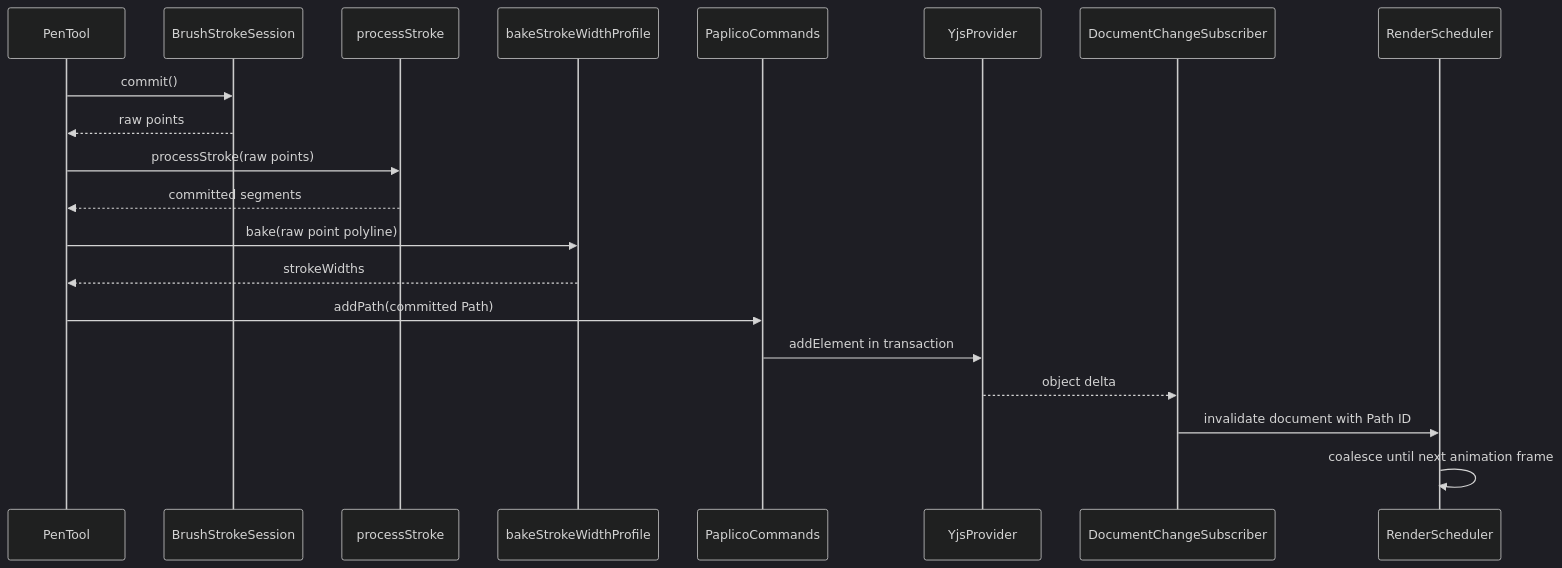
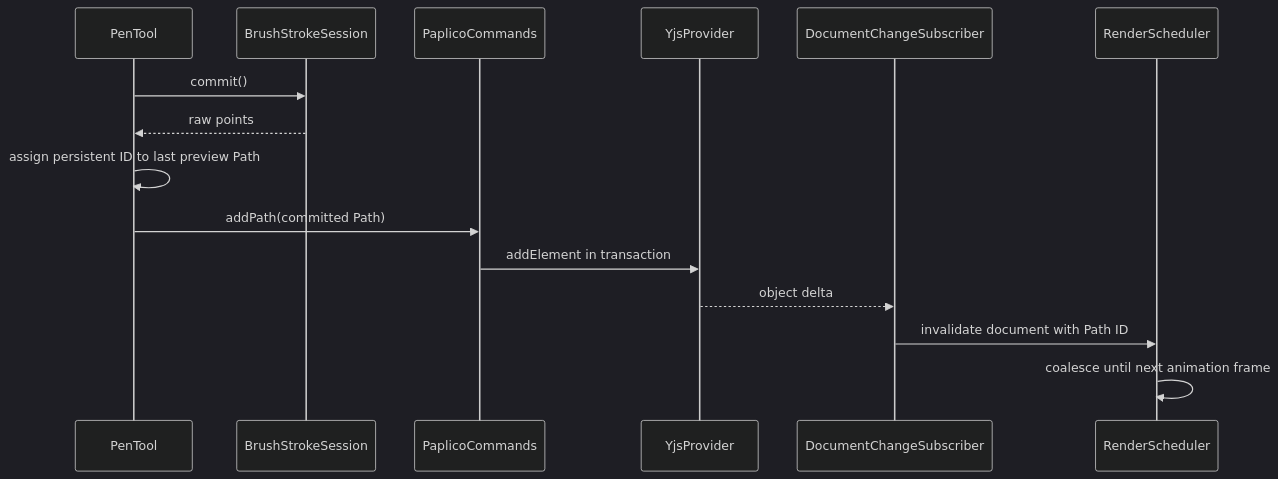
One commit to hanakla/paplico changed the second of 2 diagrams in pkgs/web/src/app/devdocs/brush-system/dynamics-and-commit/page.mdx. Above: the diagram before and after it, drawn with Mermaid (dark theme). The commit also changed other lines of this file and 51 other files, not shown here.

````diff
--- a/pkgs/web/src/app/devdocs/brush-system/dynamics-and-commit/page.mdx
+++ b/pkgs/web/src/app/devdocs/brush-system/dynamics-and-commit/page.mdx
@@ -233,23 +239,18 @@
 ```mermaid
 sequenceDiagram
     participant Tool as PenTool
     participant Session as BrushStrokeSession
-    participant Fit as processStroke
-    participant Width as bakeStrokeWidthProfile
     participant Commands as PaplicoCommands
     participant Yjs as YjsProvider
     participant Changes as DocumentChangeSubscriber
     participant Scheduler as RenderScheduler
 
     Tool->>Session: commit()
     Session-->>Tool: raw points
-    Tool->>Fit: processStroke(raw points)
-    Fit-->>Tool: committed segments
-    Tool->>Width: bake(raw point polyline)
-    Width-->>Tool: strokeWidths
+    Tool->>Tool: assign persistent ID to last preview Path
     Tool->>Commands: addPath(committed Path)
     Commands->>Yjs: addElement in transaction
     Yjs-->>Changes: object delta
     Changes->>Scheduler: invalidate document with Path ID
     Scheduler->>Scheduler: coalesce until next animation frame
 ```
````
